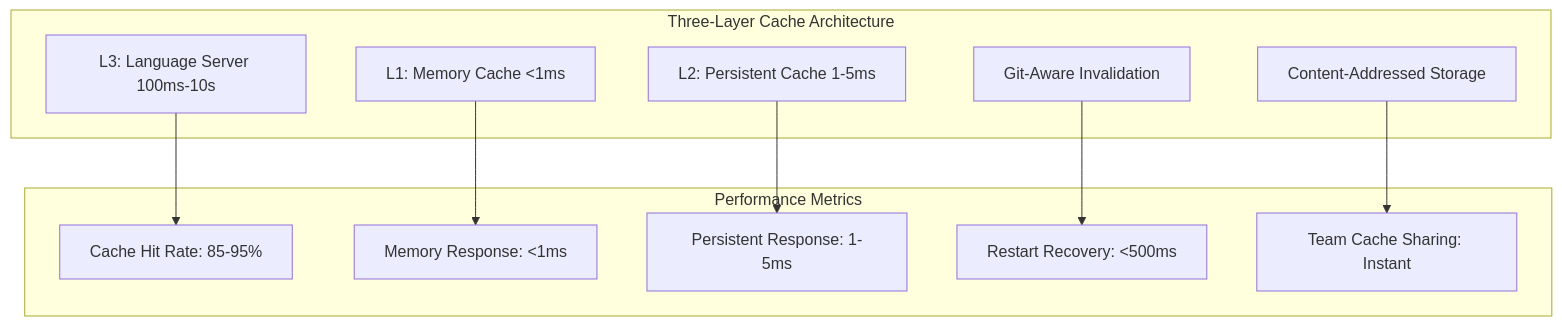
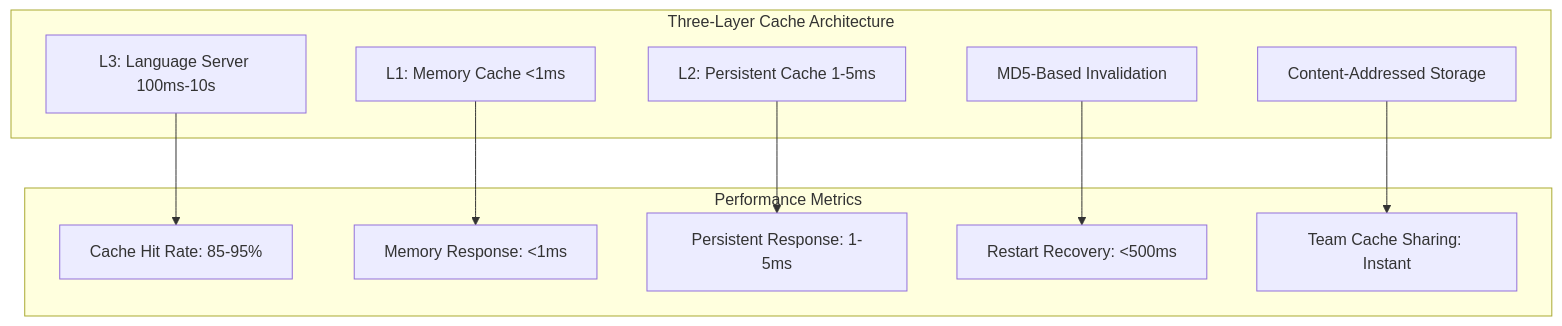
The diagram in site/indexing-performance.md (probelabs/probe), drawn with Mermaid before and after one commit. The commit also changed other lines of this file and 13 other files, not shown here.

First line of the commit message:
refactor(lsp): remove all git dependencies, use MD5-only cache invalidation

````diff
--- a/site/indexing-performance.md
+++ b/site/indexing-performance.md
@@ -14,24 +14,24 @@
 ```mermaid
 graph TB
     subgraph "Three-Layer Cache Architecture"
         A[L1: Memory Cache <1ms]
         B[L2: Persistent Cache 1-5ms]
         C[L3: Language Server 100ms-10s]
-        D[Git-Aware Invalidation]
+        D[MD5-Based Invalidation]
         E[Content-Addressed Storage]
     end
     
     subgraph "Performance Metrics"
         F[Cache Hit Rate: 85-95%]
         G[Memory Response: <1ms]
         H[Persistent Response: 1-5ms]
         I[Restart Recovery: <500ms]
         J[Team Cache Sharing: Instant]
     end
     
     A --> G
     B --> H
     C --> F
     D --> I
     E --> J
 ```
````
